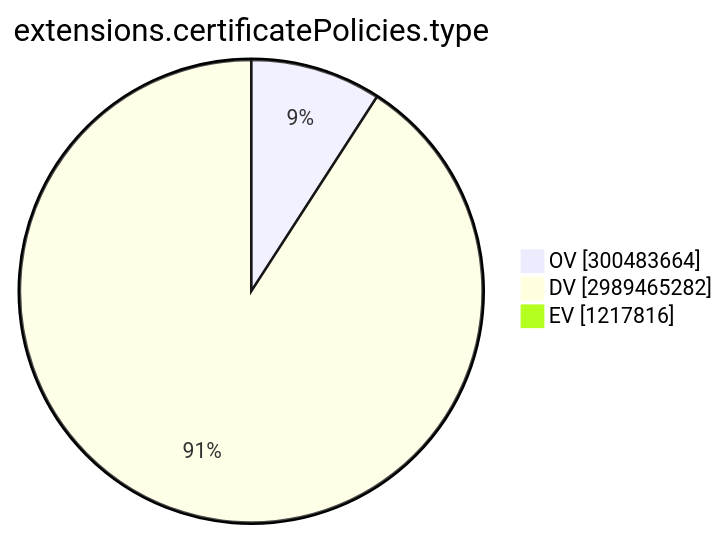
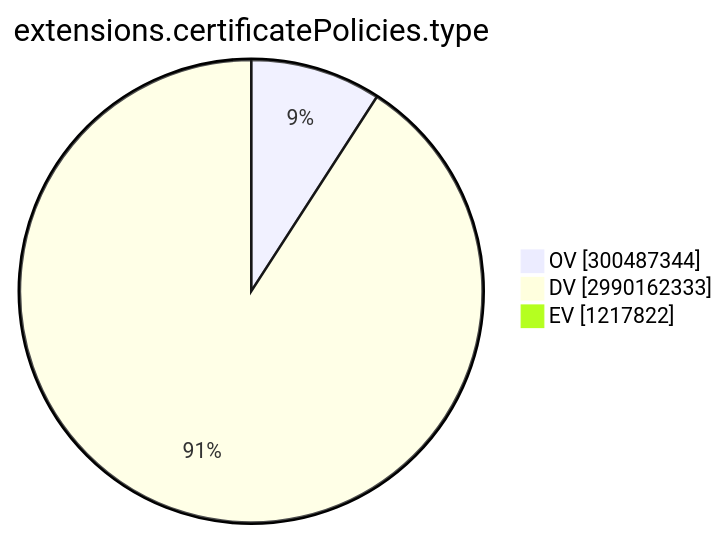
The ninth of 15 diagrams in TOTAL/README.md (christiankrug/ctmonitor_visualization), drawn with Mermaid before and after one commit. The commit also changed other lines of this file, not shown here.

````diff
--- a/TOTAL/README.md
+++ b/TOTAL/README.md
@@ -3102,7 +3102,7 @@
 ```mermaid
 pie showData
 title extensions.certificatePolicies.type
-"OV" :300483664
-"DV" :2989465282
-"EV" :1217816
+"OV" :300487344
+"DV" :2990162333
+"EV" :1217822
 ```
````
